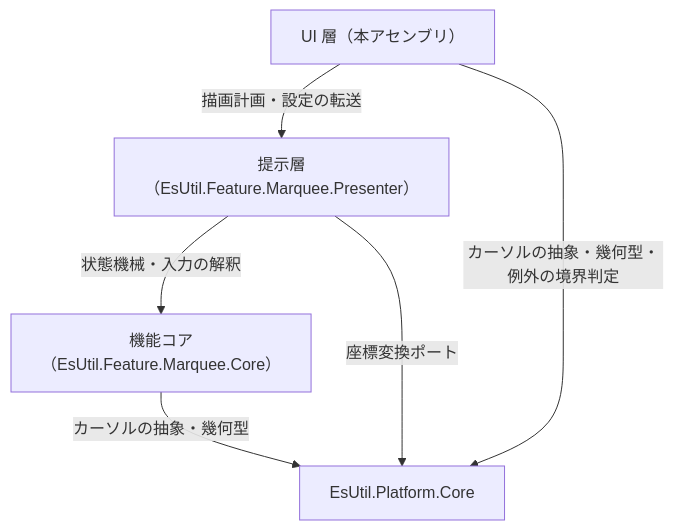
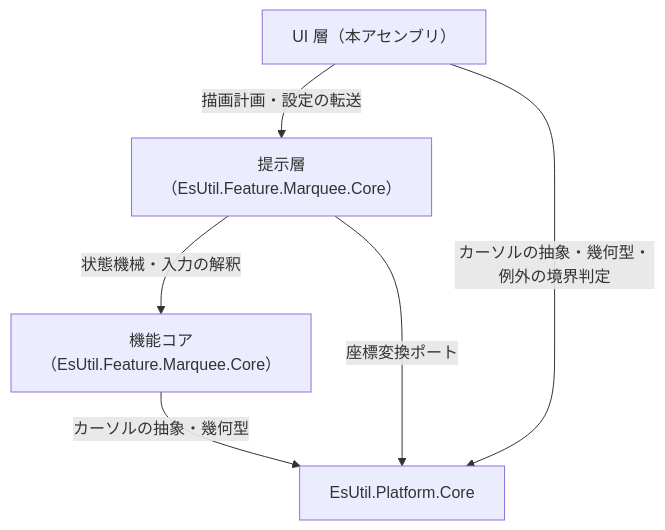
Before and after one commit to tomokuni/EsUtil: the first of 6 diagrams in EsUtil.Ui.WinForms/Marquee/docs/SPEC_System.md, drawn with Mermaid. The commit also changed other lines of this file and 296 other files, not shown here.

````diff
--- a/EsUtil.Ui.WinForms/Marquee/docs/SPEC_System.md
+++ b/EsUtil.Ui.WinForms/Marquee/docs/SPEC_System.md
@@ -48,13 +48,13 @@
 ```mermaid
 flowchart TD
     UI["UI 層（本アセンブリ）"]
-    Presenter["提示層（EsUtil.Feature.Marquee.Presenter）"]
+    Presenter["提示層（EsUtil.Feature.Marquee.Core）"]
     Core["機能コア（EsUtil.Feature.Marquee.Core）"]
     Platform["EsUtil.Platform.Core"]
 
     UI -->|描画計画・設定の転送| Presenter
     Presenter -->|状態機械・入力の解釈| Core
     Core -->|カーソルの抽象・幾何型| Platform
     Presenter -->|座標変換ポート| Platform
     UI -->|カーソルの抽象・幾何型・例外の境界判定| Platform
 ```
````
